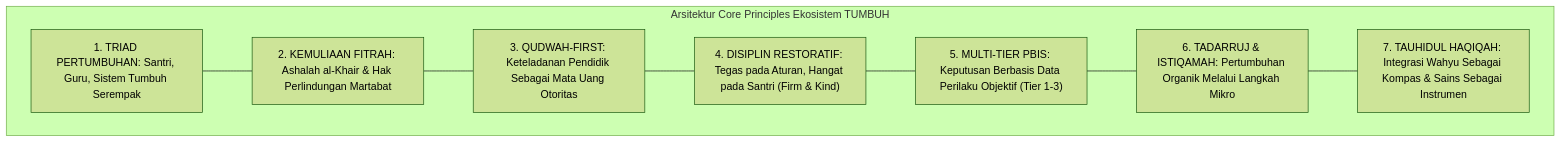
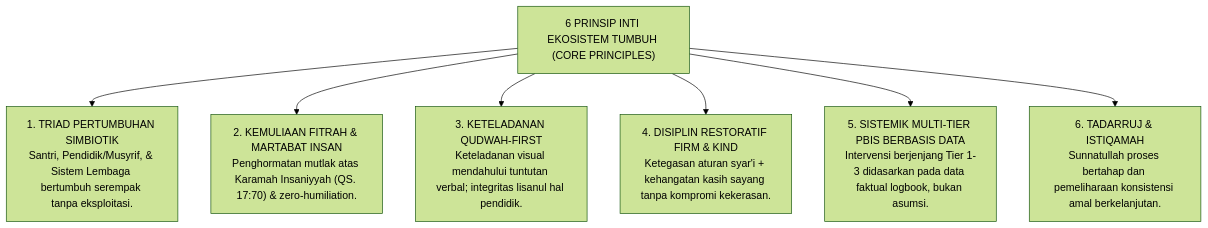
The first of 2 diagrams in 02 Principles/01 Core Principles/P2-01-07-Sintesis-Core-Principles-TUMBUH.md (wandiapriliyandi/tumbuh), drawn with Mermaid (forest theme) before and after one commit. The commit also changed other lines of this file and 7 other files, not shown here.

Commit message:
docs(principles): elevate Sub-Domain 01 Core Principles to gold standard with deep Turats and multi-tier PBIS integration

````diff
--- a/02 Principles/01 Core Principles/P2-01-07-Sintesis-Core-Principles-TUMBUH.md
+++ b/02 Principles/01 Core Principles/P2-01-07-Sintesis-Core-Principles-TUMBUH.md
@@ -10,19 +23,11 @@
 ```mermaid
 graph TD
-    subgraph Bangunan_Prinsip_TUMBUH["Arsitektur Core Principles Ekosistem TUMBUH"]
-        P1["1. TRIAD PERTUMBUHAN: Santri, Guru, Sistem Tumbuh Serempak"]
-        P2["2. KEMULIAAN FITRAH: Ashalah al-Khair & Hak Perlindungan Martabat"]
-        P3["3. QUDWAH-FIRST: Keteladanan Pendidik Sebagai Mata Uang Otoritas"]
-        P4["4. DISIPLIN RESTORATIF: Tegas pada Aturan, Hangat pada Santri (Firm & Kind)"]
-        P5["5. MULTI-TIER PBIS: Keputusan Berbasis Data Perilaku Objektif (Tier 1-3)"]
-        P6["6. TADARRUJ & ISTIQAMAH: Pertumbuhan Organik Melalui Langkah Mikro"]
-        P7["7. TAUHIDUL HAQIQAH: Integrasi Wahyu Sebagai Kompas & Sains Sebagai Instrumen"]
-
-        P1 --- P2
-        P2 --- P3
-        P3 --- P4
-        P4 --- P5
-        P5 --- P6
-        P6 --- P7
-    end
+    CorePrinciples["6 PRINSIP INTI EKOSISTEM TUMBUH (CORE PRINCIPLES)"]
+    
+    CorePrinciples --> P1["1. TRIAD PERTUMBUHAN SIMBIOTIK<br/>Santri, Pendidik/Musyrif, & Sistem Lembaga bertumbuh serempak tanpa eksploitasi."]
+    CorePrinciples --> P2["2. KEMULIAAN FITRAH & MARTABAT INSAN<br/>Penghormatan mutlak atas Karamah Insaniyyah (QS. 17:70) & zero-humiliation."]
+    CorePrinciples --> P3["3. KETELADANAN QUDWAH-FIRST<br/>Keteladanan visual mendahului tuntutan verbal; integritas lisanul hal pendidik."]
+    CorePrinciples --> P4["4. DISIPLIN RESTORATIF FIRM & KIND<br/>Ketegasan aturan syar'i + kehangatan kasih sayang tanpa kompromi kekerasan."]
+    CorePrinciples --> P5["5. SISTEMIK MULTI-TIER PBIS BERBASIS DATA<br/>Intervensi berjenjang Tier 1-3 didasarkan pada data faktual logbook, bukan asumsi."]
+    CorePrinciples --> P6["6. TADARRUJ & ISTIQAMAH<br/>Sunnatullah proses bertahap dan pemeliharaan konsistensi amal berkelanjutan."]
 ```
````
